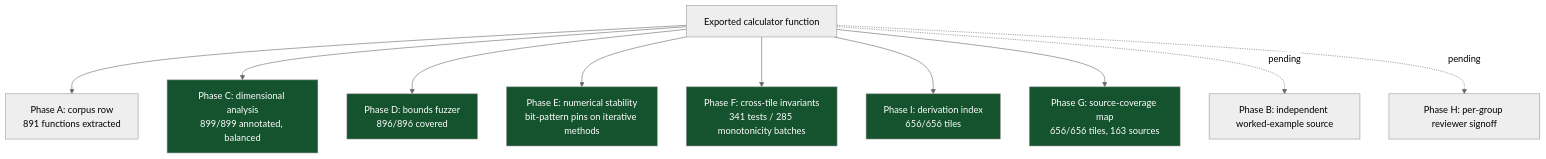
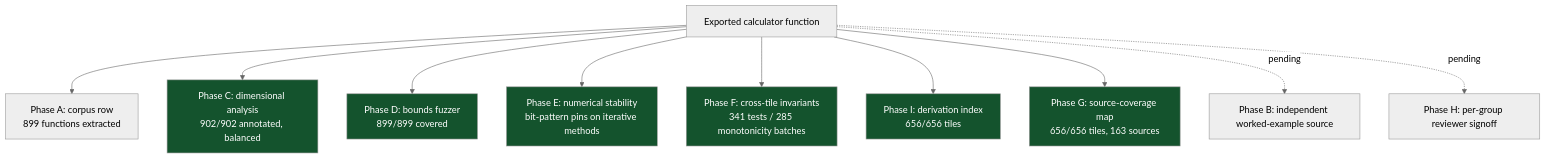
One commit to clay-good/roughlogic.com changed the sixth of 8 diagrams in README.md. Above: the diagram before and after it, drawn with Mermaid (neutral theme). The commit also changed other lines of this file and 1 other file, not shown here.

````diff
--- a/README.md
+++ b/README.md
@@ -474,18 +474,18 @@
 ```mermaid
 flowchart TB
-    F[Exported calculator function] --> A[Phase A: corpus row\n891 functions extracted]
-    F --> C[Phase C: dimensional analysis\n899/899 annotated, balanced]
-    F --> D[Phase D: bounds fuzzer\n896/896 covered]
+    F[Exported calculator function] --> A[Phase A: corpus row\n899 functions extracted]
+    F --> C[Phase C: dimensional analysis\n902/902 annotated, balanced]
+    F --> D[Phase D: bounds fuzzer\n899/899 covered]
     F --> E[Phase E: numerical stability\nbit-pattern pins on iterative methods]
     F --> Fa[Phase F: cross-tile invariants\n341 tests / 285 monotonicity batches]
     F --> I[Phase I: derivation index\n656/656 tiles]
     F --> G[Phase G: source-coverage map\n656/656 tiles, 163 sources]
     F -.pending.-> B[Phase B: independent worked-example source]
     F -.pending.-> H[Phase H: per-group reviewer signoff]
     style C fill:#14532d,color:#fff
     style D fill:#14532d,color:#fff
     style E fill:#14532d,color:#fff
     style Fa fill:#14532d,color:#fff
     style G fill:#14532d,color:#fff
     style I fill:#14532d,color:#fff
 ```
````
